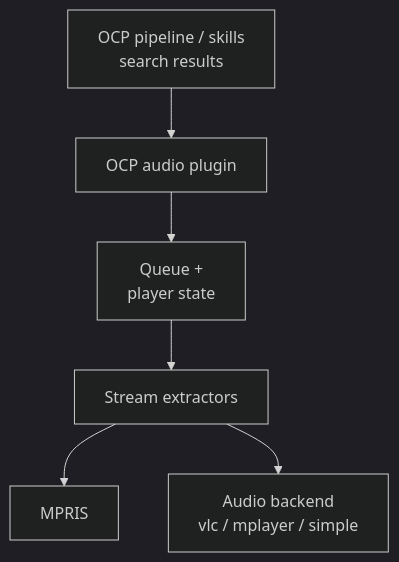
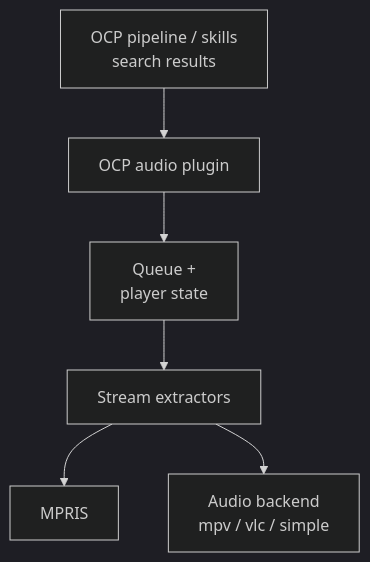
One commit to OpenVoiceOS/beta-technical-manual changed the diagram in docs/ocp-audio-plugin.md. Above: the diagram before and after it, drawn with Mermaid (dark theme). The commit also changed other lines of this file and 3 other files, not shown here.

First line of the commit message:
fix: the shipped mycroft.conf default is mpv/vlc/simple

````diff
--- a/docs/ocp-audio-plugin.md
+++ b/docs/ocp-audio-plugin.md
@@ -36,8 +36,8 @@
 ```mermaid
 flowchart TD
     A["OCP pipeline / skills<br/>search results"] --> B["OCP audio plugin"]
     B --> C["Queue +<br/>player state"]
     C --> D["Stream extractors"]
     D --> E["MPRIS"]
-    D --> F["Audio backend<br/>vlc / mplayer / simple"]
+    D --> F["Audio backend<br/>mpv / vlc / simple"]
 ```
````
